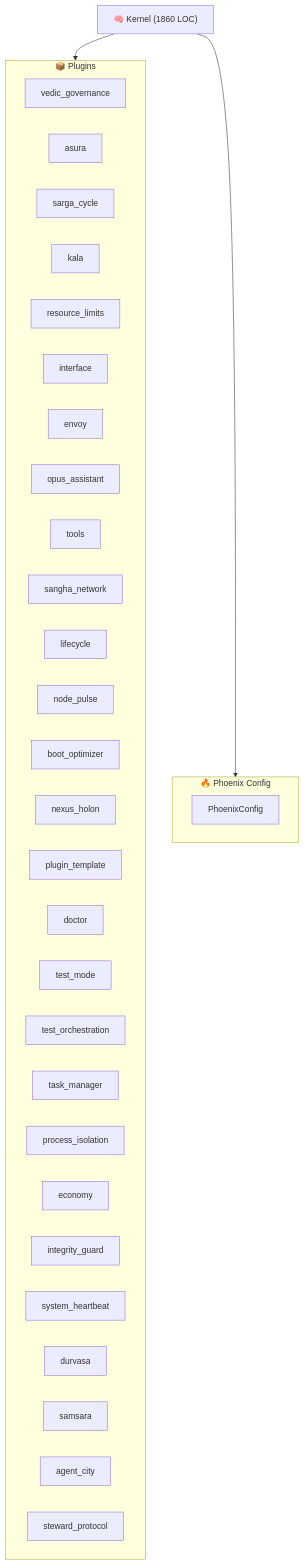
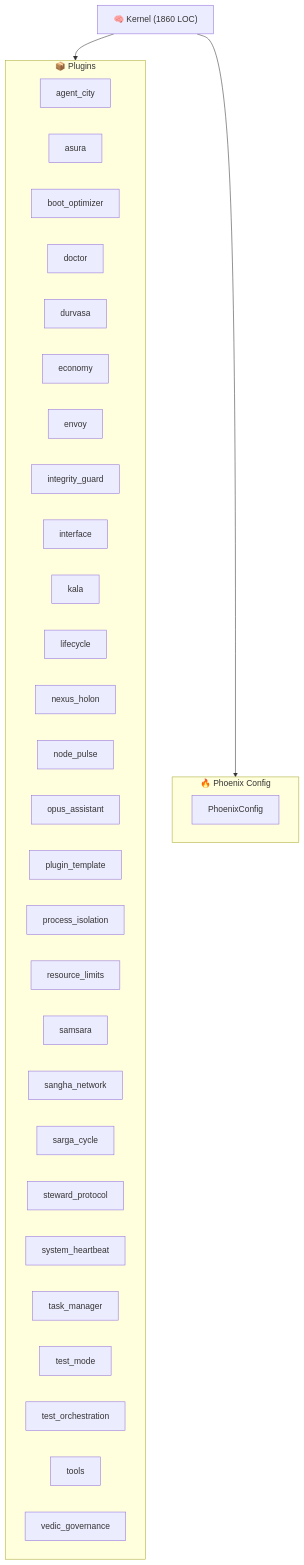
Before and after one commit to kimeisele/steward-protocol: the diagram in ARCHITECTURE.md, drawn with Mermaid. The commit also changed other lines of this file and 16 other files, not shown here.

````diff
--- a/ARCHITECTURE.md
+++ b/ARCHITECTURE.md
@@ -8,38 +8,38 @@
 ```mermaid
 graph TB
     K["🧠 Kernel (1860 LOC)"]
     subgraph Plugins["📦 Plugins"]
-        P_vedic_governance["vedic_governance"]
+        P_agent_city["agent_city"]
         P_asura["asura"]
+        P_boot_optimizer["boot_optimizer"]
+        P_doctor["doctor"]
+        P_durvasa["durvasa"]
+        P_economy["economy"]
+        P_envoy["envoy"]
+        P_integrity_guard["integrity_guard"]
+        P_interface["interface"]
+        P_kala["kala"]
+        P_lifecycle["lifecycle"]
+        P_nexus_holon["nexus_holon"]
+        P_node_pulse["node_pulse"]
+        P_opus_assistant["opus_assistant"]
+        P_plugin_template["plugin_template"]
+        P_process_isolation["process_isolation"]
+        P_resource_limits["resource_limits"]
+        P_samsara["samsara"]
+        P_sangha_network["sangha_network"]
         P_sarga_cycle["sarga_cycle"]
-        P_kala["kala"]
-        P_resource_limits["resource_limits"]
-        P_interface["interface"]
-        P_envoy["envoy"]
-        P_opus_assistant["opus_assistant"]
-        P_tools["tools"]
-        P_sangha_network["sangha_network"]
-        P_lifecycle["lifecycle"]
-        P_node_pulse["node_pulse"]
-        P_boot_optimizer["boot_optimizer"]
-        P_nexus_holon["nexus_holon"]
-        P_plugin_template["plugin_template"]
-        P_doctor["doctor"]
+        P_steward_protocol["steward_protocol"]
+        P_system_heartbeat["system_heartbeat"]
+        P_task_manager["task_manager"]
         P_test_mode["test_mode"]
         P_test_orchestration["test_orchestration"]
-        P_task_manager["task_manager"]
-        P_process_isolation["process_isolation"]
-        P_economy["economy"]
-        P_integrity_guard["integrity_guard"]
-        P_system_heartbeat["system_heartbeat"]
-        P_durvasa["durvasa"]
-        P_samsara["samsara"]
-        P_agent_city["agent_city"]
-        P_steward_protocol["steward_protocol"]
+        P_tools["tools"]
+        P_vedic_governance["vedic_governance"]
     end
     K --> Plugins
     subgraph Config["🔥 Phoenix Config"]
         PC[PhoenixConfig]
     end
     K --> Config
 ```
````
